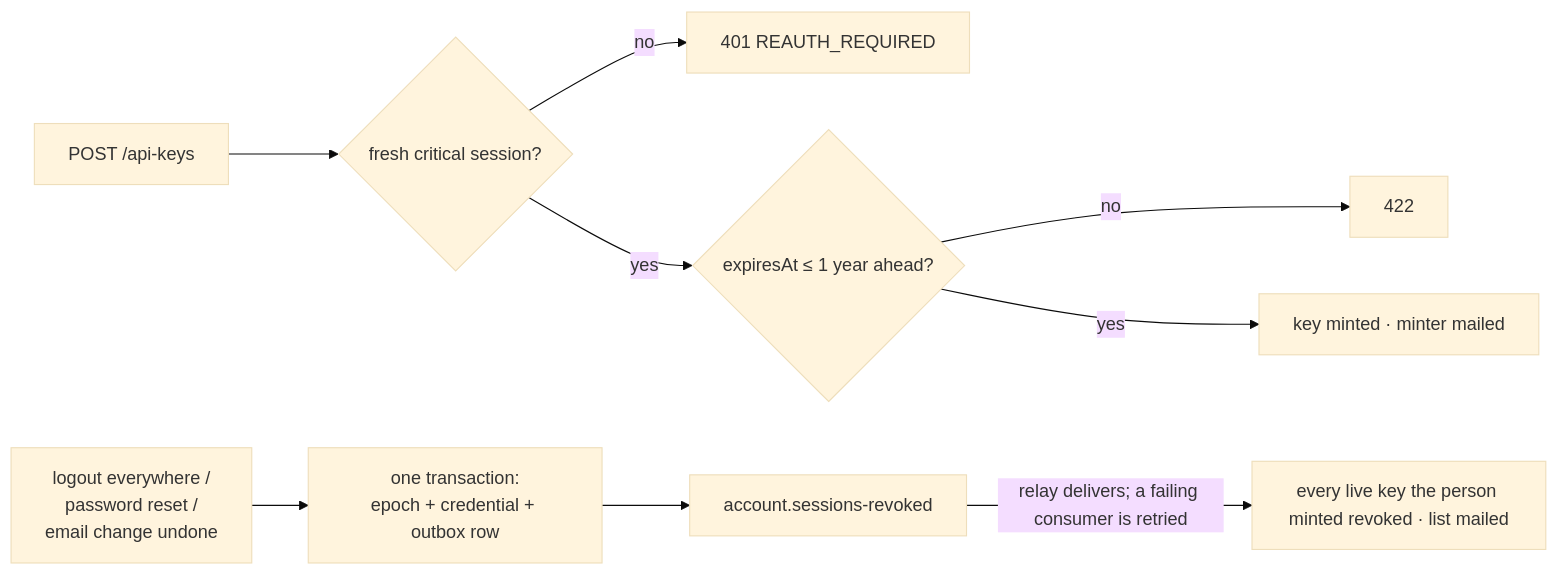
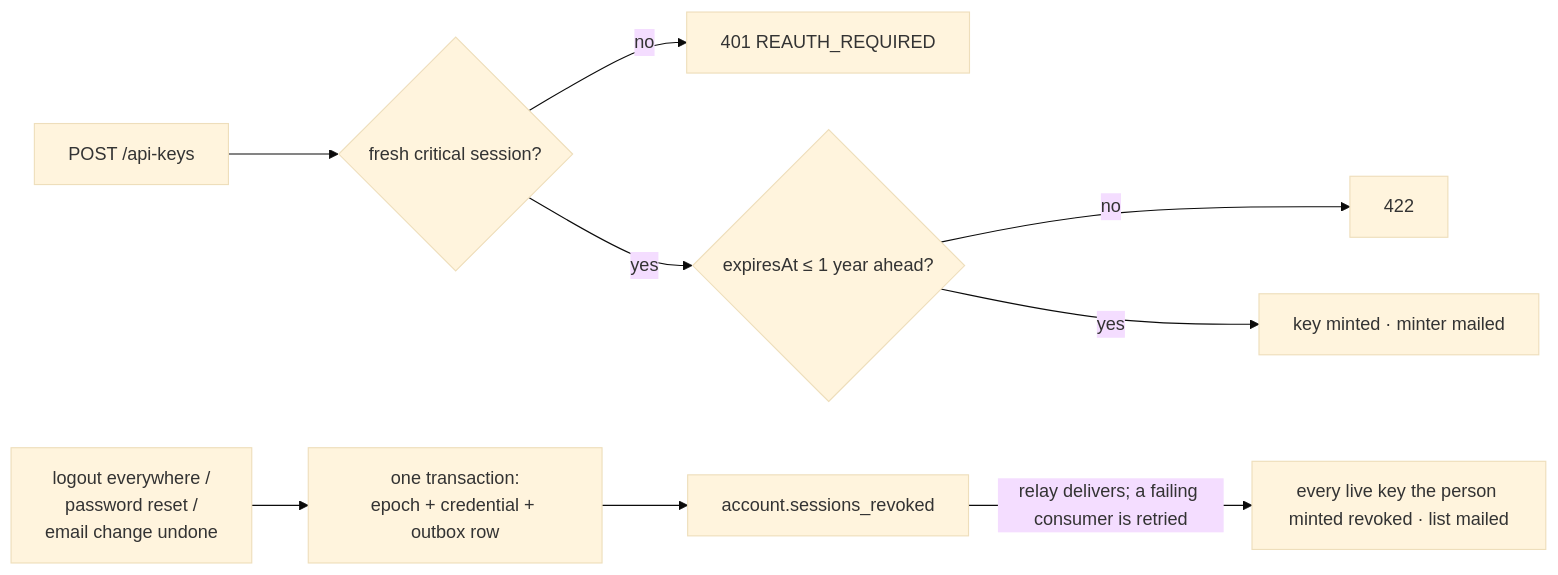
One commit to Guebbit/boilerplate-node-backend changed the third of 3 diagrams in docs/modules/api-keys.md. Above: the diagram before and after it, drawn with Mermaid (base theme). The commit also changed other lines of this file and 301 other files, not shown here.

````diff
--- a/docs/modules/api-keys.md
+++ b/docs/modules/api-keys.md
@@ -98,11 +98,11 @@
 ```mermaid
 flowchart LR
     M["POST /api-keys"] --> F{"fresh critical session?"}
     F -->|no| R["401 REAUTH_REQUIRED"]
     F -->|yes| E{"expiresAt ≤ 1 year ahead?"}
     E -->|no| U["422"]
     E -->|yes| K["key minted · minter mailed"]
     L["logout everywhere /<br/>password reset /<br/>email change undone"] --> T["one transaction:<br/>epoch + credential + outbox row"]
-    T --> V["account.sessions-revoked"]
+    T --> V["account.sessions_revoked"]
     V -->|"relay delivers; a failing consumer is retried"| X["every live key the person minted revoked · list mailed"]
 ```
````
